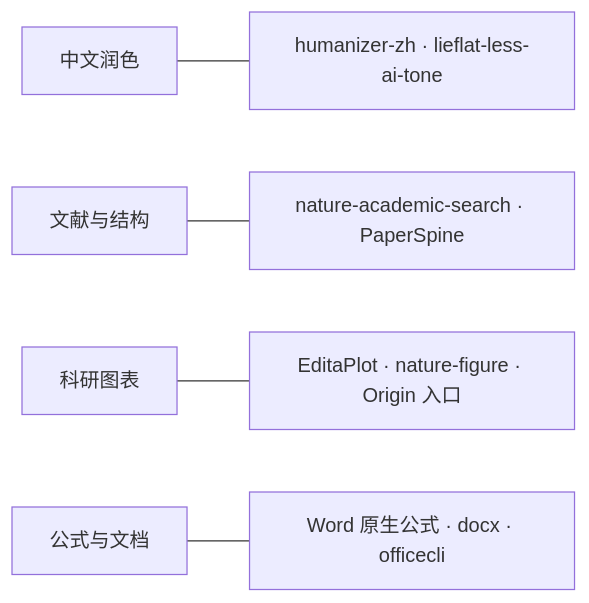
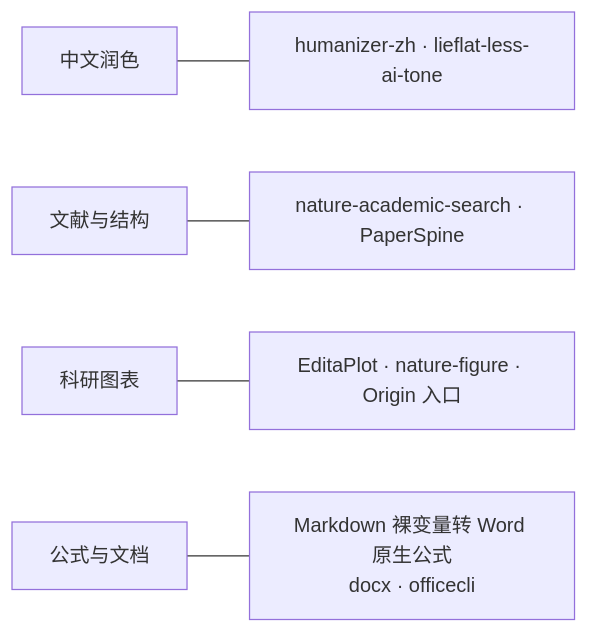
The second of 2 diagrams in README.md (achnstu/Thesis-collaboration-framework), drawn with Mermaid before and after one commit. The commit also changed other lines of this file, not shown here.

Commit message:
docs: identify native equation conversion skill

````diff
--- a/README.md
+++ b/README.md
@@ -30,7 +30,7 @@
 ```mermaid
 flowchart LR
     A["中文润色"] --- A1["humanizer-zh · lieflat-less-ai-tone"]
     B["文献与结构"] --- B1["nature-academic-search · PaperSpine"]
     C["科研图表"] --- C1["EditaPlot · nature-figure · Origin 入口"]
-    D["公式与文档"] --- D1["Word 原生公式 · docx · officecli"]
+    D["公式与文档"] --- D1["Markdown 裸变量转 Word 原生公式<br/>docx · officecli"]
 ```
````
